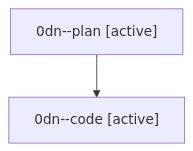
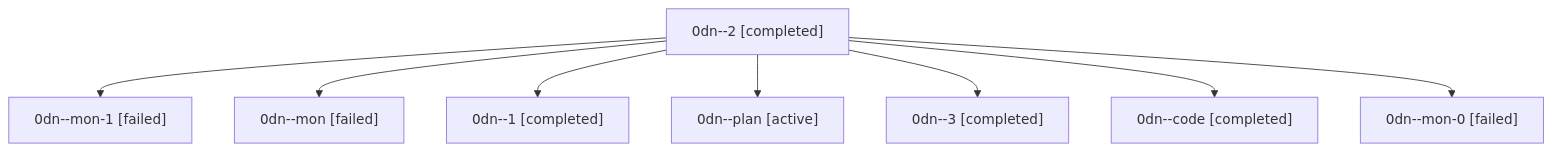
Before and after one commit to sase-org/sase--agents: the diagram in families/bbugyi200.athena.0dn.md, drawn with Mermaid. The commit also changed other lines of this file and 35830 other files, not shown here.

````diff
--- a/families/bbugyi200.athena.0dn.md
+++ b/families/bbugyi200.athena.0dn.md
@@ -9,6 +9,18 @@
 ```mermaid
 flowchart TD
-  n0["0dn--plan [active]"]
-  n1["0dn--code [active]"]
+  n0["0dn--2 [completed]"]
+  n1["0dn--mon-1 [failed]"]
   n0 --> n1
+  n2["0dn--mon [failed]"]
+  n0 --> n2
+  n3["0dn--1 [completed]"]
+  n0 --> n3
+  n4["0dn--plan [active]"]
+  n0 --> n4
+  n5["0dn--3 [completed]"]
+  n0 --> n5
+  n6["0dn--code [completed]"]
+  n0 --> n6
+  n7["0dn--mon-0 [failed]"]
+  n0 --> n7
 ```
````
